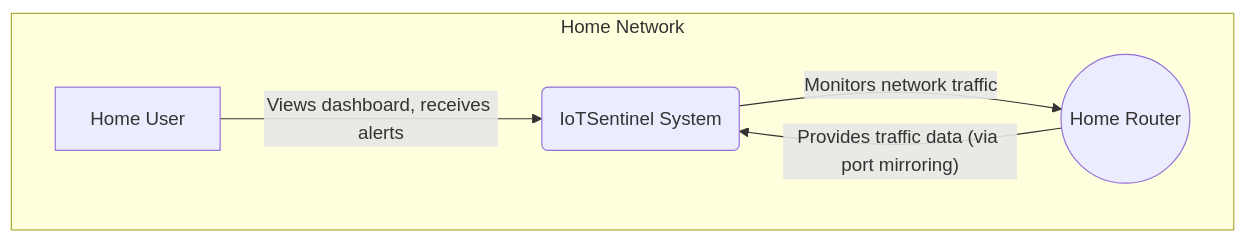
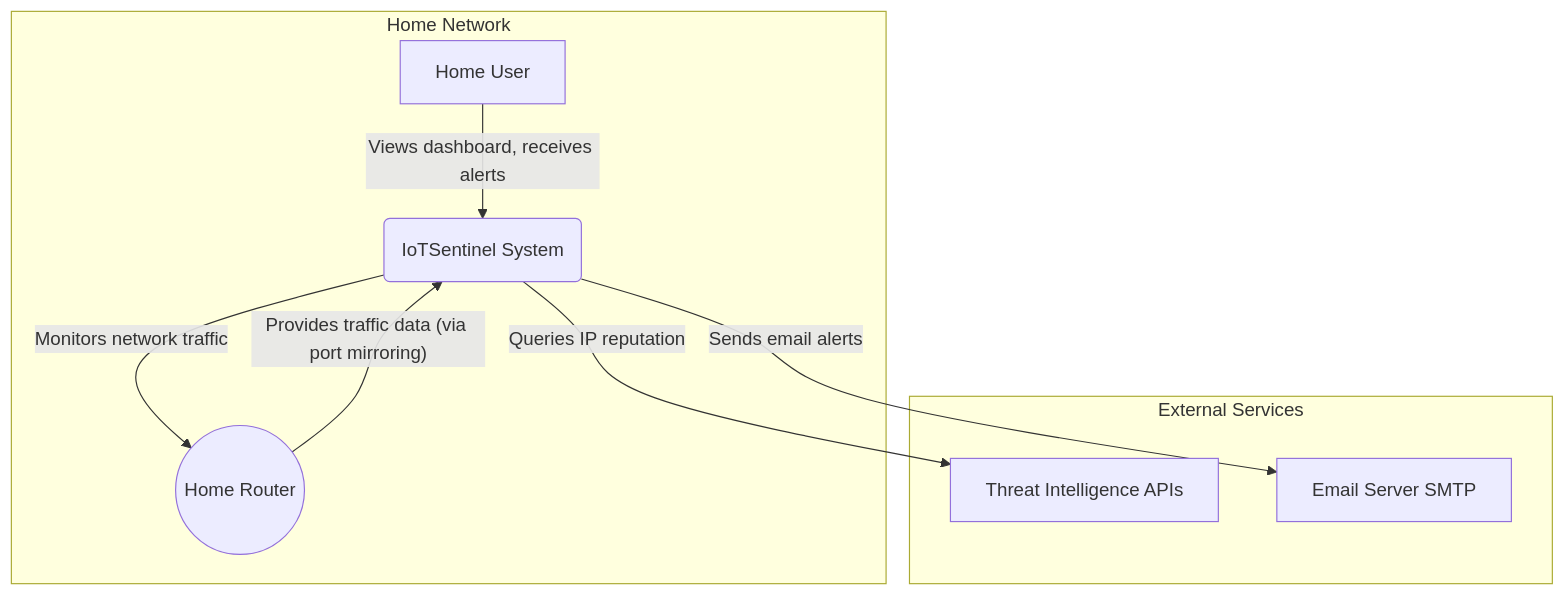
One commit to ritiksah141/iotsentinel changed the first of 4 diagrams in docs/academic/C4_ARCHITECTURE.md. Above: the diagram before and after it, drawn with Mermaid. The commit also changed other lines of this file and 30 other files, not shown here.

````diff
--- a/docs/academic/C4_ARCHITECTURE.md
+++ b/docs/academic/C4_ARCHITECTURE.md
@@ -10,12 +10,19 @@
 ```mermaid
 graph TD
     subgraph "Home Network"
         A[Home User]
         B(IoTSentinel System)
         C((Home Router))
     end
 
+    subgraph "External Services"
+        D[Threat Intelligence APIs]
+        E[Email Server SMTP]
+    end
+
     A -- "Views dashboard, receives alerts" --> B
     B -- "Monitors network traffic" --> C
     C -- "Provides traffic data (via port mirroring)" --> B
+    B -- "Queries IP reputation" --> D
+    B -- "Sends email alerts" --> E
 ```
````
